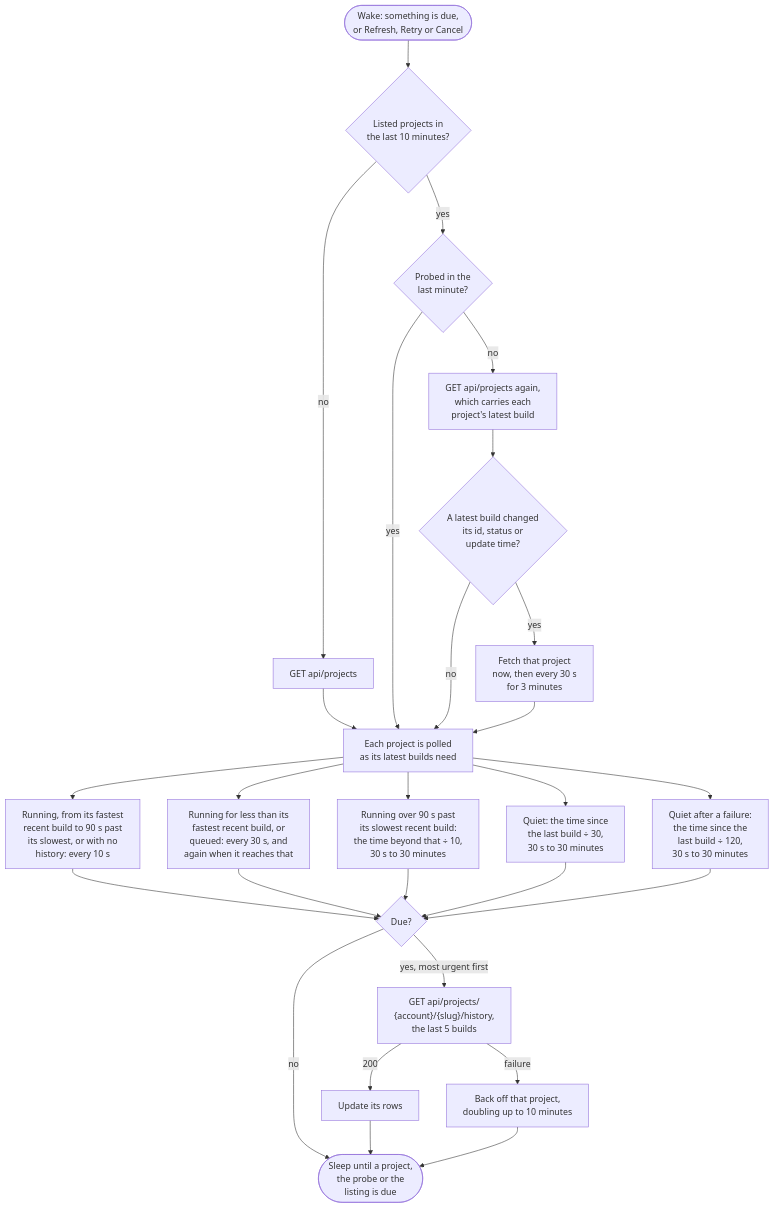
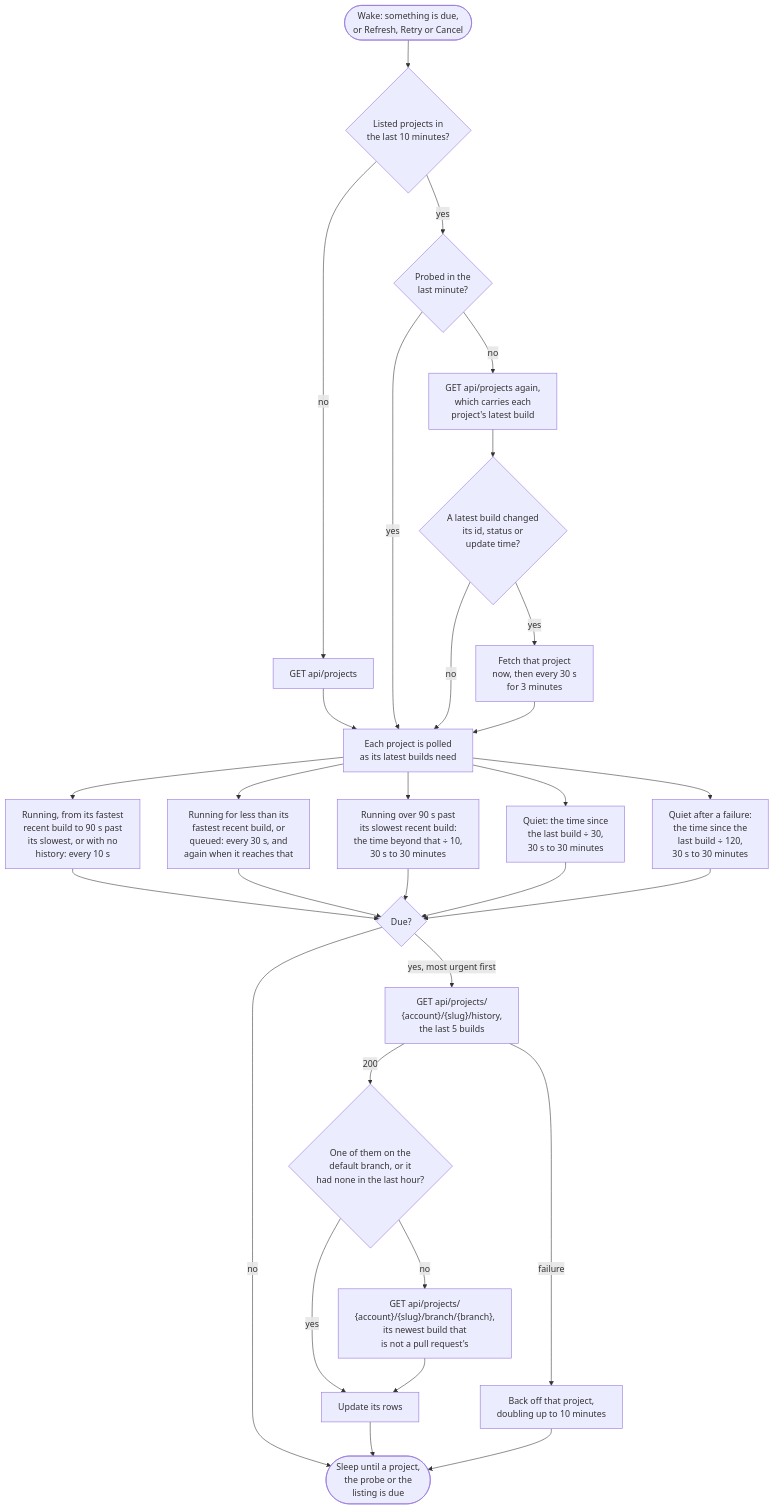
The diagram in docs/mdsource/providers/appveyor.source.md (SimonCropp/BuildMonitor), drawn with Mermaid before and after one commit. The commit also changed other lines of this file and 11 other files, not shown here.

````diff
--- a/docs/mdsource/providers/appveyor.source.md
+++ b/docs/mdsource/providers/appveyor.source.md
@@ -34,34 +38,37 @@
 ```mermaid
 ---
 config:
   flowchart:
     wrappingWidth: 400
 ---
 flowchart TD
     wake(["Wake: something is due,<br/>or Refresh, Retry or Cancel"]) --> listed{"Listed projects in<br/>the last 10 minutes?"}
     listed -- "no" --> discover["GET api/projects"]
     listed -- "yes" --> probed{"Probed in the<br/>last minute?"}
     probed -- "no" --> probe["GET api/projects again,<br/>which carries each<br/>project's latest build"]
     probe --> moved{"A latest build changed<br/>its id, status or<br/>update time?"}
     moved -- "yes" --> nudge["Fetch that project<br/>now, then every 30 s<br/>for 3 minutes"]
     discover --> interval["Each project is polled<br/>as its latest builds need"]
     probed -- "yes" --> interval
     moved -- "no" --> interval
     nudge --> interval
     interval --> finishing["Running, from its fastest<br/>recent build to 90 s past<br/>its slowest, or with no<br/>history: every 10 s"]
     interval --> running["Running for less than its<br/>fastest recent build, or<br/>queued: every 30 s, and<br/>again when it reaches that"]
     interval --> overrun["Running over 90 s past<br/>its slowest recent build:<br/>the time beyond that ÷ 10,<br/>30 s to 30 minutes"]
     interval --> quiet["Quiet: the time since<br/>the last build ÷ 30,<br/>30 s to 30 minutes"]
     interval --> failed["Quiet after a failure:<br/>the time since the<br/>last build ÷ 120,<br/>30 s to 30 minutes"]
     finishing --> due{"Due?"}
     running --> due
     overrun --> due
     quiet --> due
     failed --> due
     due -- "no" --> sleep(["Sleep until a project,<br/>the probe or the<br/>listing is due"])
     due -- "yes, most urgent first" --> fetch["GET api/projects/<br/>{account}/{slug}/history,<br/>the last 5 builds"]
-    fetch -- "200" --> rows["Update its rows"]
+    fetch -- "200" --> held{"One of them on the<br/>default branch, or it<br/>had none in the last hour?"}
+    held -- "yes" --> rows["Update its rows"]
+    held -- "no" --> branch["GET api/projects/<br/>{account}/{slug}/branch/{branch},<br/>its newest build that<br/>is not a pull request's"]
+    branch --> rows
     fetch -- "failure" --> backoff["Back off that project,<br/>doubling up to 10 minutes"]
     rows --> sleep
     backoff --> sleep
 ```
````
